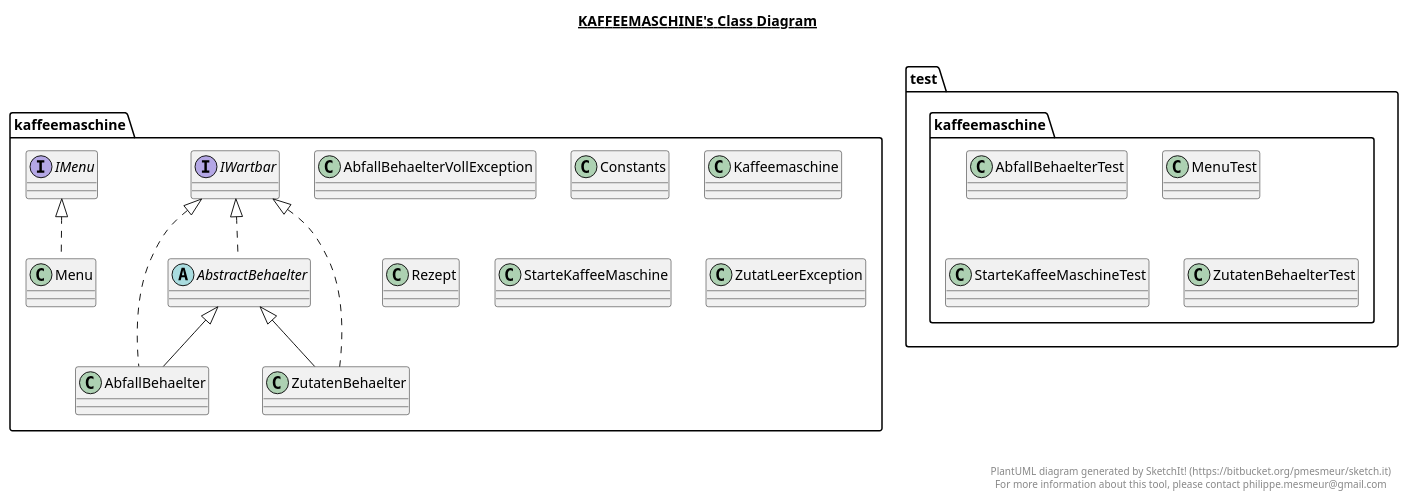
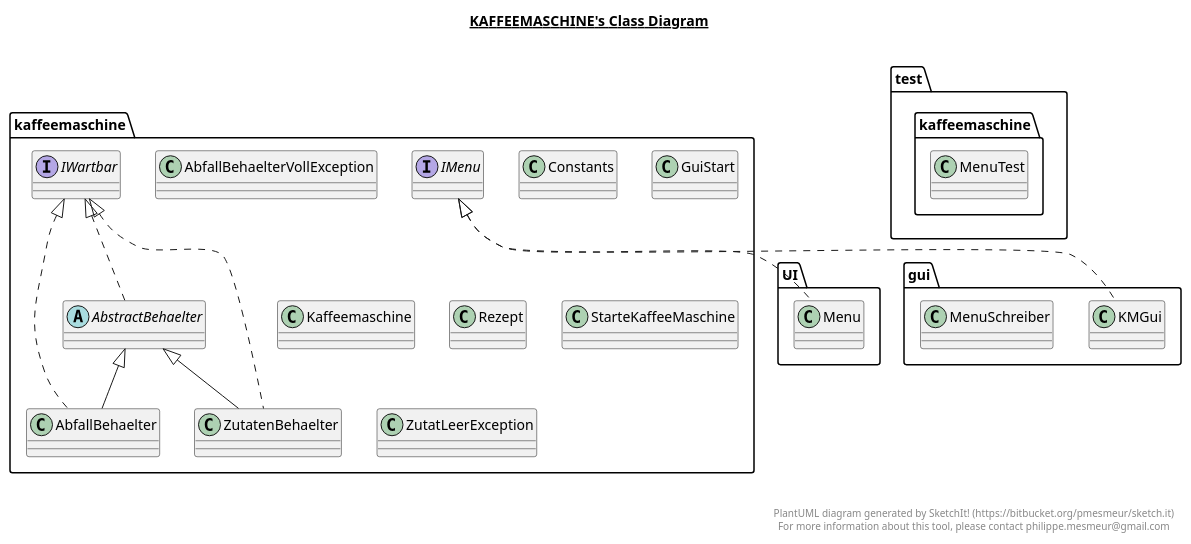
One commit to luzumi/KaffeeMaschine changed the diagram in KaffeeMaschine.plantuml. Above: the diagram before and after it, drawn with PlantUML. The commit also changed 23 other files, not shown here.

First line of the commit message:
Kaffeemaschine Issue GUI ZutatenBehaelterLeerException

```diff
--- a/KaffeeMaschine.plantuml
+++ b/KaffeeMaschine.plantuml
@@ -1,116 +1,117 @@
 @startuml
 
 title __KAFFEEMASCHINE's Class Diagram__\n
+
+  namespace UI {
+    class UI.Menu {
+    }
+  }
+  
+
+  namespace gui {
+    class gui.KMGui {
+    }
+  }
+  
+
+  namespace gui {
+    class gui.MenuSchreiber {
+    }
+  }
+  
 
   namespace kaffeemaschine {
     class kaffeemaschine.AbfallBehaelter {
     }
   }
   
 
   namespace kaffeemaschine {
     class kaffeemaschine.AbfallBehaelterVollException {
     }
   }
   
 
   namespace kaffeemaschine {
     abstract class kaffeemaschine.AbstractBehaelter {
     }
   }
   
 
   namespace kaffeemaschine {
     class kaffeemaschine.Constants {
     }
   }
   
 
   namespace kaffeemaschine {
+    class kaffeemaschine.GuiStart {
+    }
+  }
+  
+
+  namespace kaffeemaschine {
     interface kaffeemaschine.IMenu {
     }
   }
   
 
   namespace kaffeemaschine {
     interface kaffeemaschine.IWartbar {
     }
   }
   
 
   namespace kaffeemaschine {
     class kaffeemaschine.Kaffeemaschine {
-    }
-  }
-  
-
-  namespace kaffeemaschine {
-    class kaffeemaschine.Menu {
     }
   }
   
 
   namespace kaffeemaschine {
     class kaffeemaschine.Rezept {
     }
   }
   
 
   namespace kaffeemaschine {
     class kaffeemaschine.StarteKaffeeMaschine {
     }
   }
   
 
   namespace kaffeemaschine {
     class kaffeemaschine.ZutatLeerException {
     }
   }
   
 
   namespace kaffeemaschine {
     class kaffeemaschine.ZutatenBehaelter {
     }
   }
   
 
   namespace test.kaffeemaschine {
-    class test.kaffeemaschine.AbfallBehaelterTest {
-    }
-  }
-  
-
-  namespace test.kaffeemaschine {
     class test.kaffeemaschine.MenuTest {
     }
   }
   
 
-  namespace test.kaffeemaschine {
-    class test.kaffeemaschine.StarteKaffeeMaschineTest {
-    }
-  }
-  
-
-  namespace test.kaffeemaschine {
-    class test.kaffeemaschine.ZutatenBehaelterTest {
-    }
-  }
-  
-
+  UI.Menu .up.|> kaffeemaschine.IMenu
+  gui.KMGui .up.|> kaffeemaschine.IMenu
   kaffeemaschine.AbfallBehaelter .up.|> kaffeemaschine.IWartbar
   kaffeemaschine.AbfallBehaelter -up-|> kaffeemaschine.AbstractBehaelter
   kaffeemaschine.AbstractBehaelter .up.|> kaffeemaschine.IWartbar
-  kaffeemaschine.Menu .up.|> kaffeemaschine.IMenu
   kaffeemaschine.ZutatenBehaelter .up.|> kaffeemaschine.IWartbar
   kaffeemaschine.ZutatenBehaelter -up-|> kaffeemaschine.AbstractBehaelter
 
 
 right footer
 
 
 PlantUML diagram generated by SketchIt! (https://bitbucket.org/pmesmeur/sketch.it)
 For more information about this tool, please contact philippe.mesmeur@gmail.com
 endfooter
 
 @enduml
```
